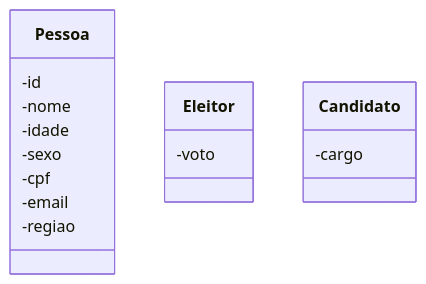
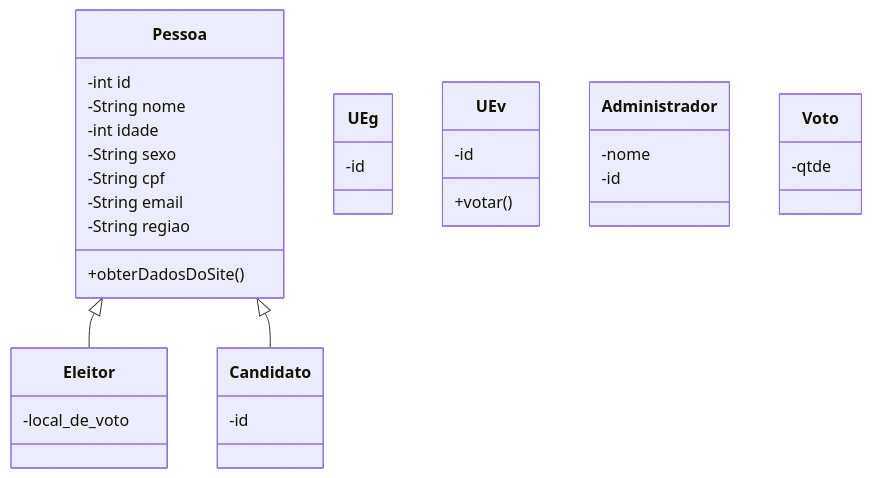
One commit to HenriqueFinatti/Modelagem-De-Software-Orientado-a-Objetos changed the diagram in Diagrama De Classes.md. Above: the diagram before and after it, drawn with Mermaid. The commit also changed other lines of this file, not shown here.

Commit message:
Update Diagrama De Classes.md

````diff
--- a/Diagrama De Classes.md
+++ b/Diagrama De Classes.md
@@ -11,17 +11,44 @@
 ```mermaid
 classDiagram
+Pessoa <|-- Eleitor
+Pessoa <|-- Candidato
+Pessoa: -int id
+Pessoa: -String nome
+Pessoa: -int idade
+Pessoa: -String sexo
+Pessoa: -String cpf
+Pessoa: -String email
+Pessoa: -String regiao
+Pessoa: +obterDadosDoSite()
 
-Pessoa: -id
-Pessoa: -nome
-Pessoa: -idade
-Pessoa: -sexo
-Pessoa: -cpf
-Pessoa: -email
-Pessoa: -regiao
 
-Eleitor: -voto
+class Eleitor{
+  -local_de_voto
+}
 
-Candidato: -cargo
+class Candidato{
+  -id
+}
+
+class UEg{
+  -id
+}
+
+class UEv{
+  -id
+  +votar()
+}
+
+class Administrador{
+  -nome
+  -id
+}
+
+class Voto{
+  -qtde
+}
+
+
 
 
 ```
````
